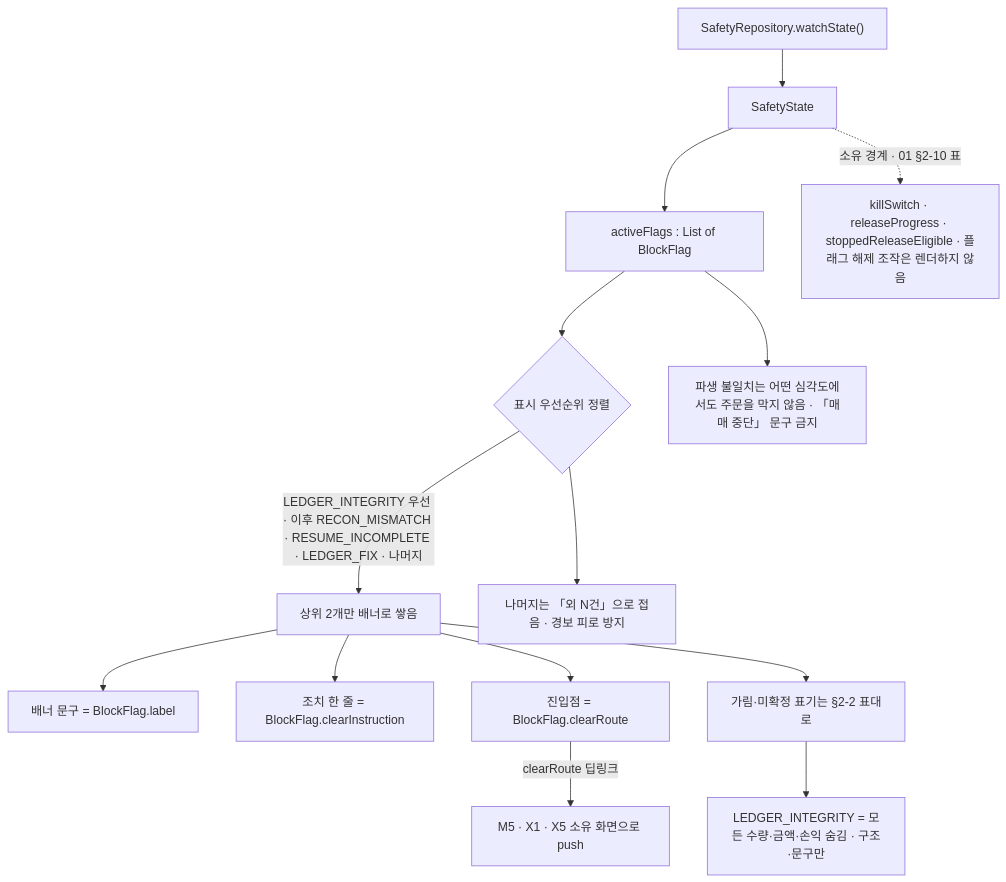
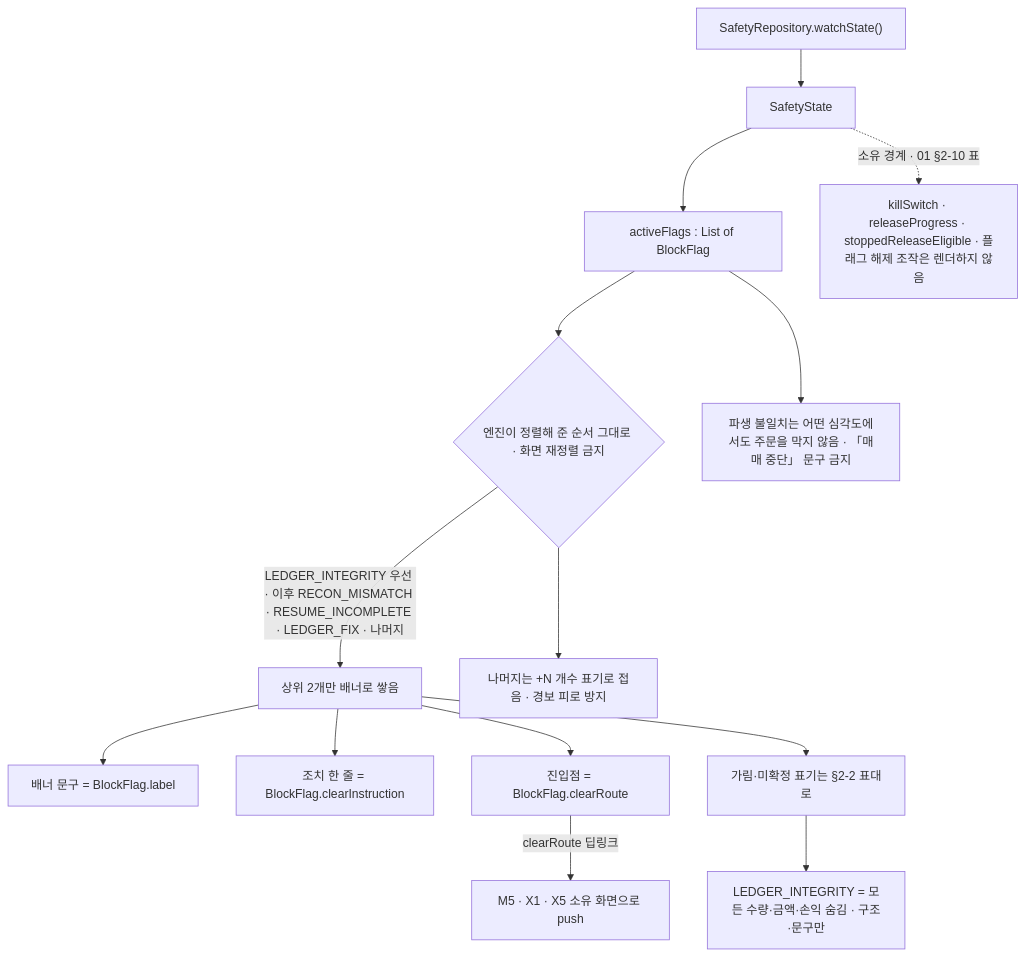
The second of 27 diagrams in docs/ai-context/02_화면명세_M6_매매일지_보유현황.md (billybeom/AutoAlphaQuant), drawn with Mermaid before and after one commit. The commit also changed other lines of this file and 14 other files, not shown here.

````diff
--- a/docs/ai-context/02_화면명세_M6_매매일지_보유현황.md
+++ b/docs/ai-context/02_화면명세_M6_매매일지_보유현황.md
@@ -160,30 +160,30 @@
 ```mermaid
 flowchart TD
   SR["SafetyRepository.watchState()"]
   SS["SafetyState"]
   FLAGS["activeFlags : List of BlockFlag"]
-  PRI{"표시 우선순위 정렬"}
+  PRI{"엔진이 정렬해 준 순서 그대로 · 화면 재정렬 금지"}
   TOP2["상위 2개만 배너로 쌓음"]
-  FOLD["나머지는 「외 N건」으로 접음 · 경보 피로 방지"]
+  FOLD["나머지는 +N 개수 표기로 접음 · 경보 피로 방지"]
   LBL["배너 문구 = BlockFlag.label"]
   INS["조치 한 줄 = BlockFlag.clearInstruction"]
   RTE["진입점 = BlockFlag.clearRoute"]
   MASK["가림·미확정 표기는 §2-2 표대로"]
   INTEG["LEDGER_INTEGRITY = 모든 수량·금액·손익 숨김 · 구조·문구만"]
   DERIV["파생 불일치는 어떤 심각도에서도 주문을 막지 않음 · 「매매 중단」 문구 금지"]
   M5["M5 · X1 · X5 소유 화면으로 push"]
   NOOWN["killSwitch · releaseProgress · stoppedReleaseEligible · 플래그 해제 조작은 렌더하지 않음"]
   SR --> SS
   SS --> FLAGS
   FLAGS --> PRI
   PRI -->|"LEDGER_INTEGRITY 우선 · 이후 RECON_MISMATCH · RESUME_INCOMPLETE · LEDGER_FIX · 나머지"| TOP2
   PRI --> FOLD
   TOP2 --> LBL
   TOP2 --> INS
   TOP2 --> RTE
   TOP2 --> MASK
   MASK --> INTEG
   FLAGS --> DERIV
   RTE -->|"clearRoute 딥링크"| M5
   SS -.->|"소유 경계 · 01 §2-10 표"| NOOWN
 ```
````
